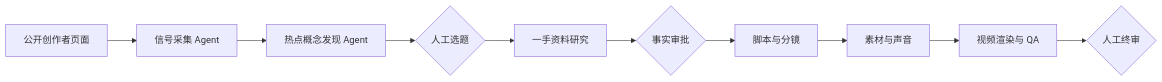
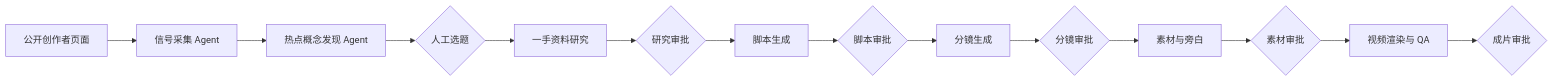
Before and after one commit to zhengjiazhi929-commits/ai-concept-studio: the diagram in studio/README.md, drawn with Mermaid. The commit also changed other lines of this file and 362 other files, not shown here.

````diff
--- a/studio/README.md
+++ b/studio/README.md
@@ -17,12 +20,16 @@
 ```mermaid
 flowchart LR
   A[公开创作者页面] --> B[信号采集 Agent]
   B --> C[热点概念发现 Agent]
   C --> D{人工选题}
   D --> E[一手资料研究]
-  E --> F{事实审批}
-  F --> G[脚本与分镜]
-  G --> H[素材与声音]
-  H --> I[视频渲染与 QA]
-  I --> J{人工终审}
+  E --> F{研究审批}
+  F --> G[脚本生成]
+  G --> H{脚本审批}
+  H --> I[分镜生成]
+  I --> J{分镜审批}
+  J --> K[素材与旁白]
+  K --> L{素材审批}
+  L --> M[视频渲染与 QA]
+  M --> N{成片审批}
 ```
````
